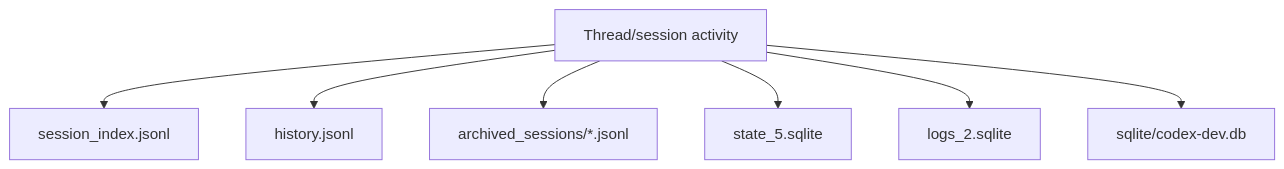
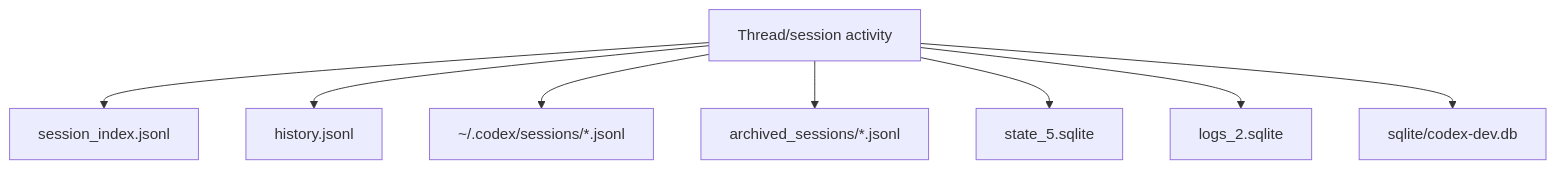
The diagram in docs/reviews-codex-agent/thread-management/storage-and-db-audit.md (josongmin/quanta-codeagent-v3), drawn with Mermaid before and after one commit. The commit also changed other lines of this file and 166 other files, not shown here.

````diff
--- a/docs/reviews-codex-agent/thread-management/storage-and-db-audit.md
+++ b/docs/reviews-codex-agent/thread-management/storage-and-db-audit.md
@@ -304,9 +338,10 @@
 ```mermaid
 flowchart TD
     A["Thread/session activity"] --> B["session_index.jsonl"]
     A --> C["history.jsonl"]
-    A --> D["archived_sessions/*.jsonl"]
-    A --> E["state_5.sqlite"]
-    A --> F["logs_2.sqlite"]
-    A --> G["sqlite/codex-dev.db"]
+    A --> D["~/.codex/sessions/*.jsonl"]
+    A --> E["archived_sessions/*.jsonl"]
+    A --> F["state_5.sqlite"]
+    A --> G["logs_2.sqlite"]
+    A --> H["sqlite/codex-dev.db"]
 ```
````
